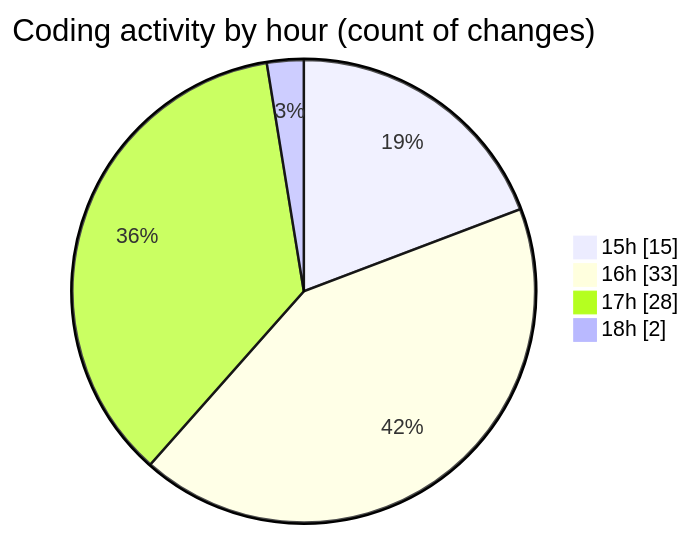
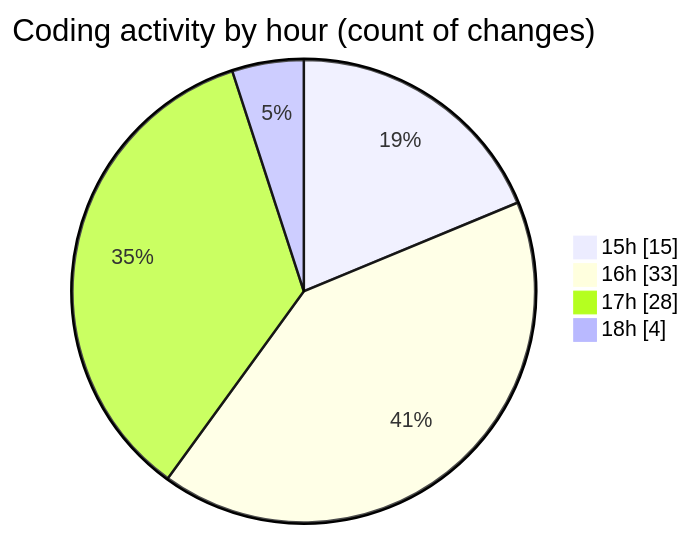
The second of 2 diagrams in 2025-02-25/trackers_app/README.md (donsfak/code-tracking), drawn with Mermaid before and after one commit. The commit also changed other lines of this file and 1 other file, not shown here.

````diff
--- a/2025-02-25/trackers_app/README.md
+++ b/2025-02-25/trackers_app/README.md
@@ -38,8 +39,8 @@
 ```mermaid
 pie showData
 title Coding activity by hour (count of changes)
 "15h" : 15
 "16h" : 33
 "17h" : 28
-"18h" : 2
+"18h" : 4
 ```
````
